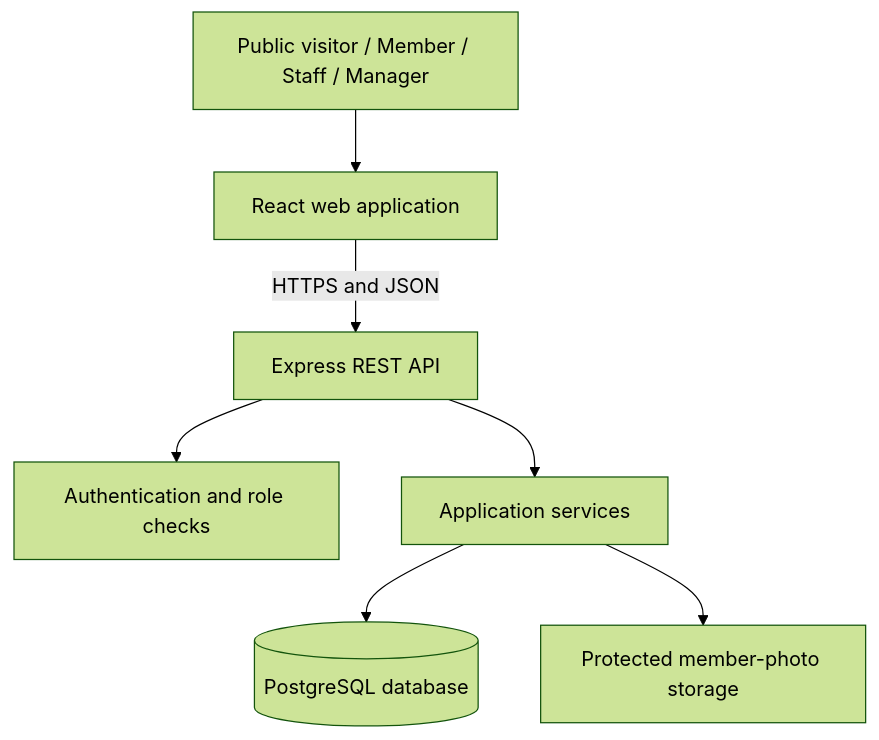
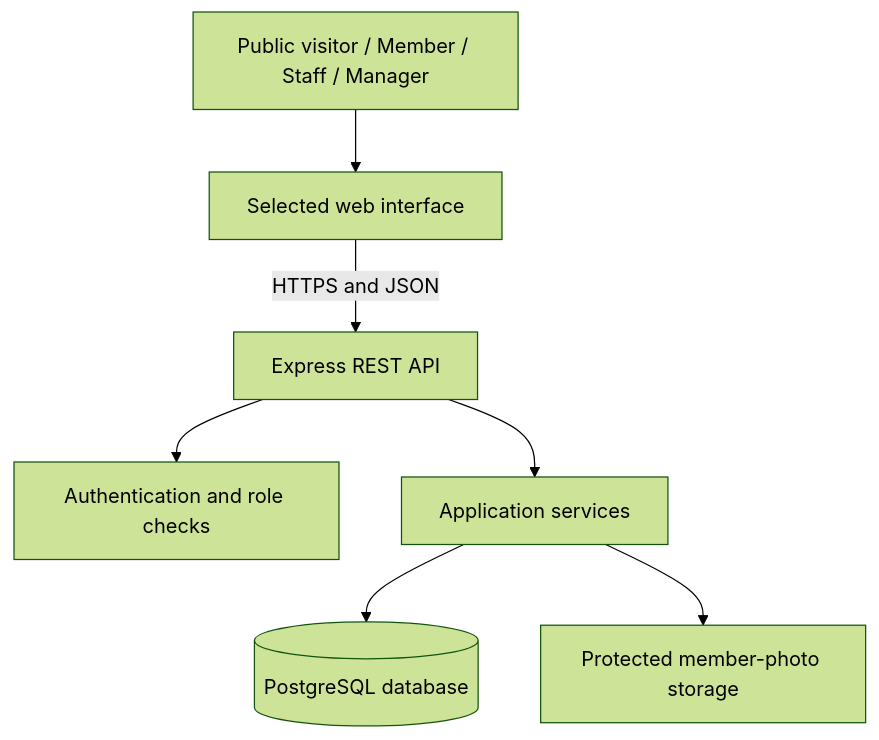
Before and after one commit to SensitiveCorps/Gym-Management-System: the diagram in GMS/README.md, drawn with Mermaid (forest theme). The commit also changed other lines of this file and 31 other files, not shown here.

````diff
--- a/GMS/README.md
+++ b/GMS/README.md
@@ -79,9 +79,9 @@
 ```mermaid
 flowchart TD
-    A[Public visitor / Member / Staff / Manager] --> B[React web application]
+    A[Public visitor / Member / Staff / Manager] --> B[Selected web interface]
     B -->|HTTPS and JSON| C[Express REST API]
     C --> D[Authentication and role checks]
     C --> E[Application services]
     E --> F[(PostgreSQL database)]
     E --> G[Protected member-photo storage]
 ```
````
